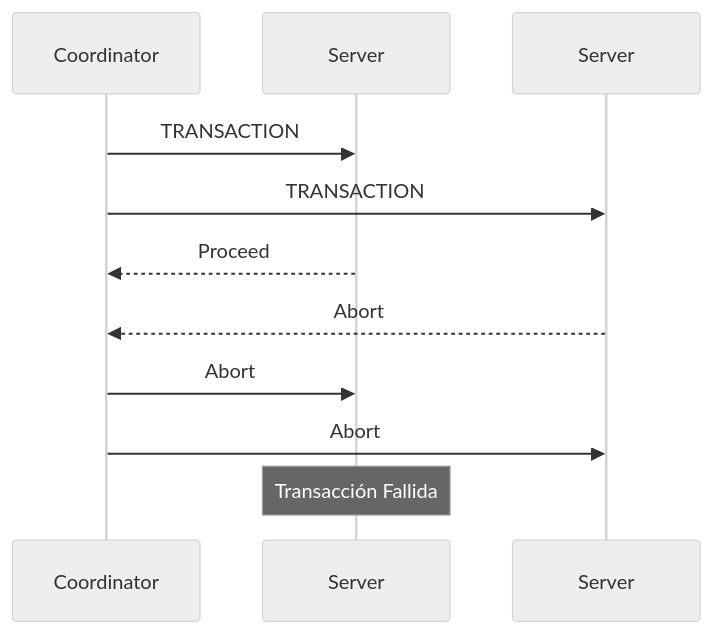
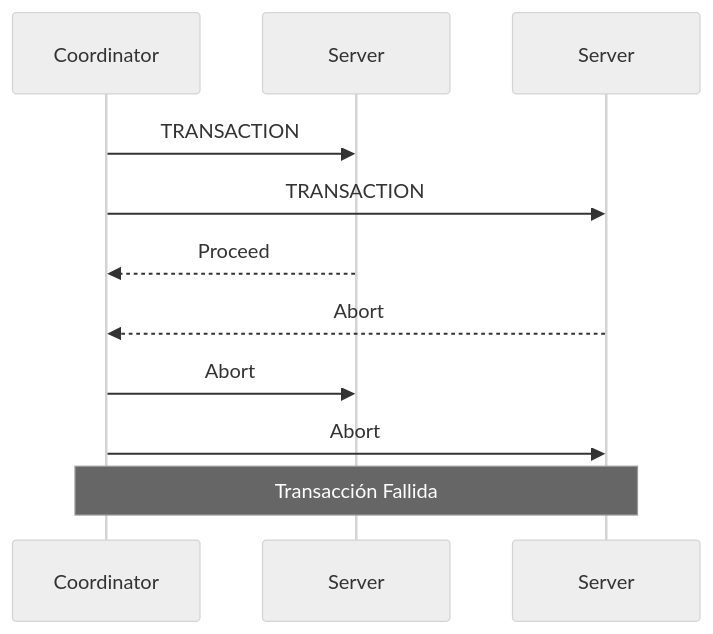
The sixth of 11 diagrams in README.md (FacuMastri/concurrentes-tp2), drawn with Mermaid (neutral theme) before and after one commit. The commit also changed other lines of this file, not shown here.

````diff
--- a/README.md
+++ b/README.md
@@ -243,17 +245,17 @@
 ```mermaid
 sequenceDiagram
   participant co as Coordinator
   participant s1 as Server
   participant s2 as Server
 
   co ->> s1: TRANSACTION
   co ->> s2: TRANSACTION
 
   s1 -->> co: Proceed
   s2 -->> co: Abort
 
   co ->> s1: Abort
   co ->> s2: Abort
 
-  note over s1: Transacción Fallida
+  note over co,s2: Transacción Fallida
 ```
````
